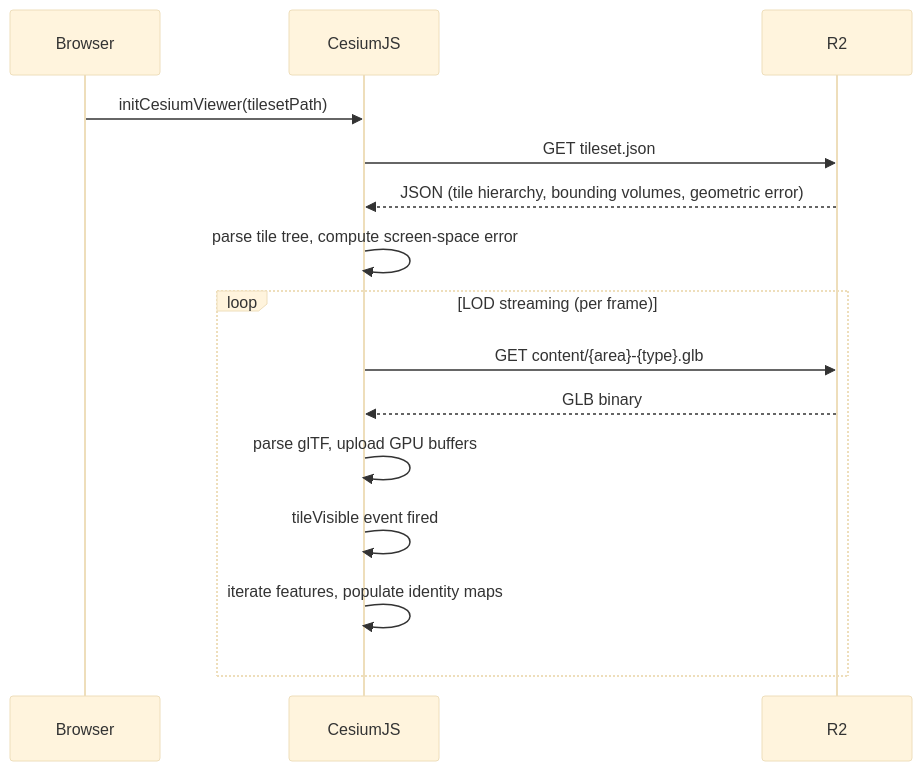
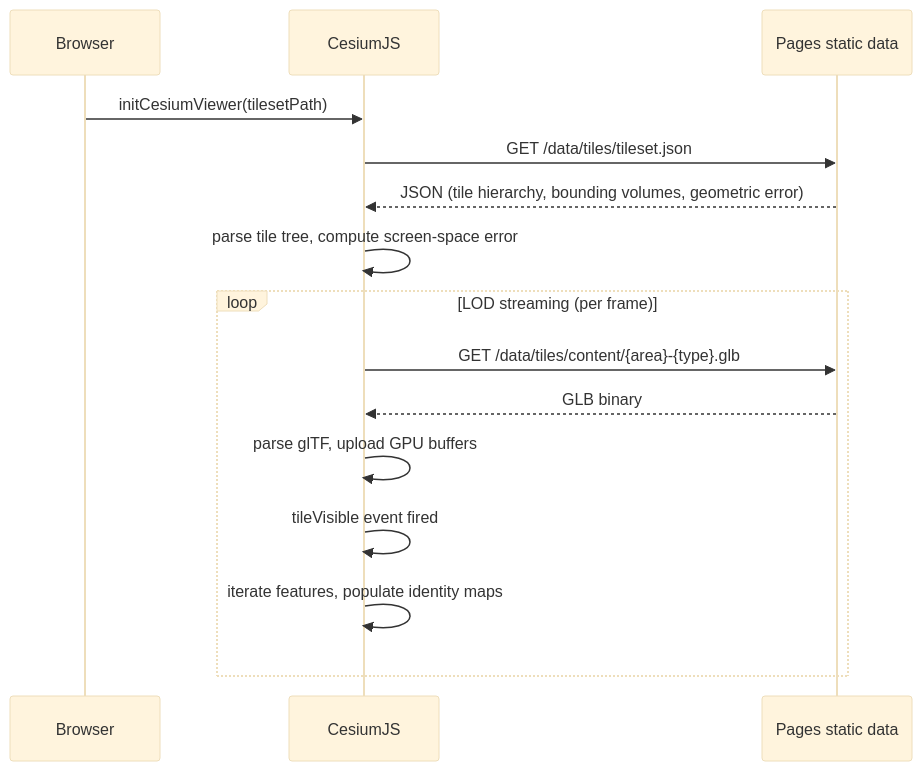
The fifth of 11 diagrams in apps/tilegraphviewer/cesiumjs_viewer_architecture.md (TileGraphAgent/TileGraphAgent), drawn with Mermaid (base theme) before and after one commit. The commit also changed other lines of this file and 6 other files, not shown here.

````diff
--- a/apps/tilegraphviewer/cesiumjs_viewer_architecture.md
+++ b/apps/tilegraphviewer/cesiumjs_viewer_architecture.md
@@ -356,18 +362,18 @@
 ```mermaid
 sequenceDiagram
     participant Browser
     participant CesiumJS
-    participant R2
+    participant PagesStatic as Pages static data
 
     Browser->>CesiumJS: initCesiumViewer(tilesetPath)
-    CesiumJS->>R2: GET tileset.json
-    R2-->>CesiumJS: JSON (tile hierarchy, bounding volumes, geometric error)
+    CesiumJS->>PagesStatic: GET /data/tiles/tileset.json
+    PagesStatic-->>CesiumJS: JSON (tile hierarchy, bounding volumes, geometric error)
     CesiumJS->>CesiumJS: parse tile tree, compute screen-space error
     loop LOD streaming (per frame)
-        CesiumJS->>R2: GET content/{area}-{type}.glb
-        R2-->>CesiumJS: GLB binary
+        CesiumJS->>PagesStatic: GET /data/tiles/content/{area}-{type}.glb
+        PagesStatic-->>CesiumJS: GLB binary
         CesiumJS->>CesiumJS: parse glTF, upload GPU buffers
         CesiumJS->>CesiumJS: tileVisible event fired
         CesiumJS->>CesiumJS: iterate features, populate identity maps
     end
 ```
````
